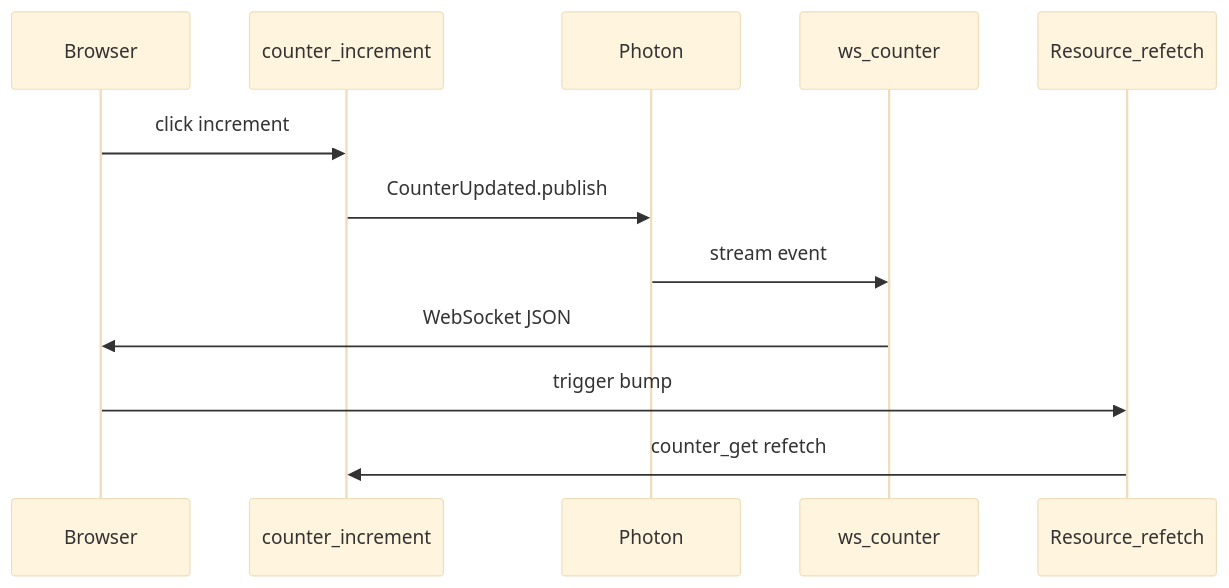
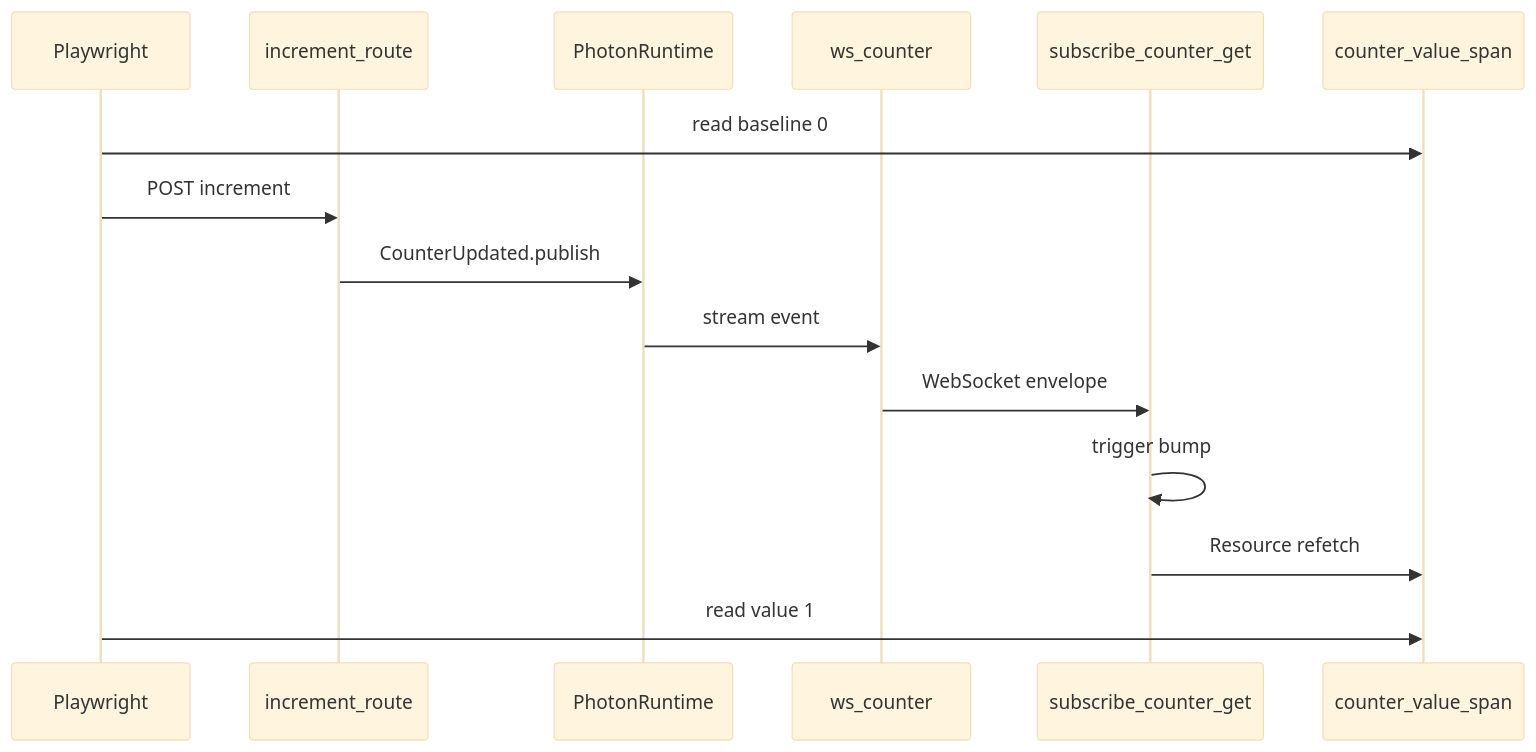
Before and after one commit to deathbreakfast/photon-leptos: the diagram in e2e/README.md, drawn with Mermaid (base theme). The commit also changed other lines of this file and 20 other files, not shown here.

````diff
--- a/e2e/README.md
+++ b/e2e/README.md
@@ -31,15 +53,18 @@
 ```mermaid
 sequenceDiagram
-    participant Browser
-    participant ServerFn as counter_increment
-    participant Photon
+    participant PW as Playwright
+    participant API as increment_route
+    participant Photon as PhotonRuntime
     participant WS as ws_counter
-    participant UI as Resource_refetch
+    participant Sub as subscribe_counter_get
+    participant UI as counter_value_span
 
-    Browser->>ServerFn: click increment
-    ServerFn->>Photon: CounterUpdated.publish
+    PW->>UI: read baseline 0
+    PW->>API: POST increment
+    API->>Photon: CounterUpdated.publish
     Photon->>WS: stream event
-    WS->>Browser: WebSocket JSON
-    Browser->>UI: trigger bump
-    UI->>ServerFn: counter_get refetch
+    WS->>Sub: WebSocket envelope
+    Sub->>Sub: trigger bump
+    Sub->>UI: Resource refetch
+    PW->>UI: read value 1
 ```
````
